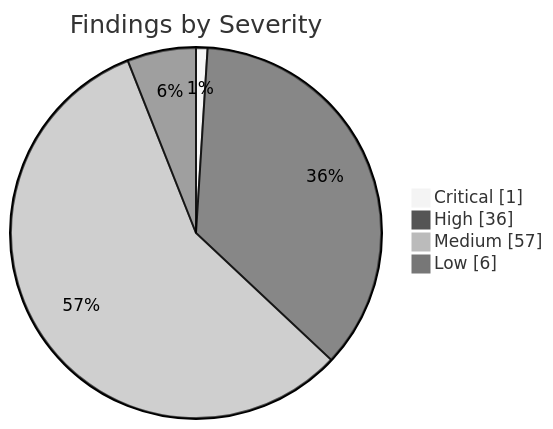
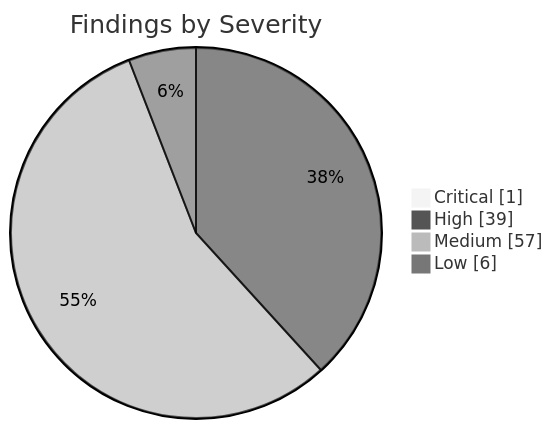
The first of 2 diagrams in apps/kbve/astro-kbve/src/content/docs/dashboard/security.mdx (KBVE/kbve), drawn with Mermaid (neutral theme) before and after one commit. The commit also changed other lines of this file and 8 other files, not shown here.

````diff
--- a/apps/kbve/astro-kbve/src/content/docs/dashboard/security.mdx
+++ b/apps/kbve/astro-kbve/src/content/docs/dashboard/security.mdx
@@ -62,8 +62,8 @@
 ```mermaid
 pie showData
     title Findings by Severity
     "Critical" : 1
-    "High" : 36
+    "High" : 39
     "Medium" : 57
     "Low" : 6
 ```
````
